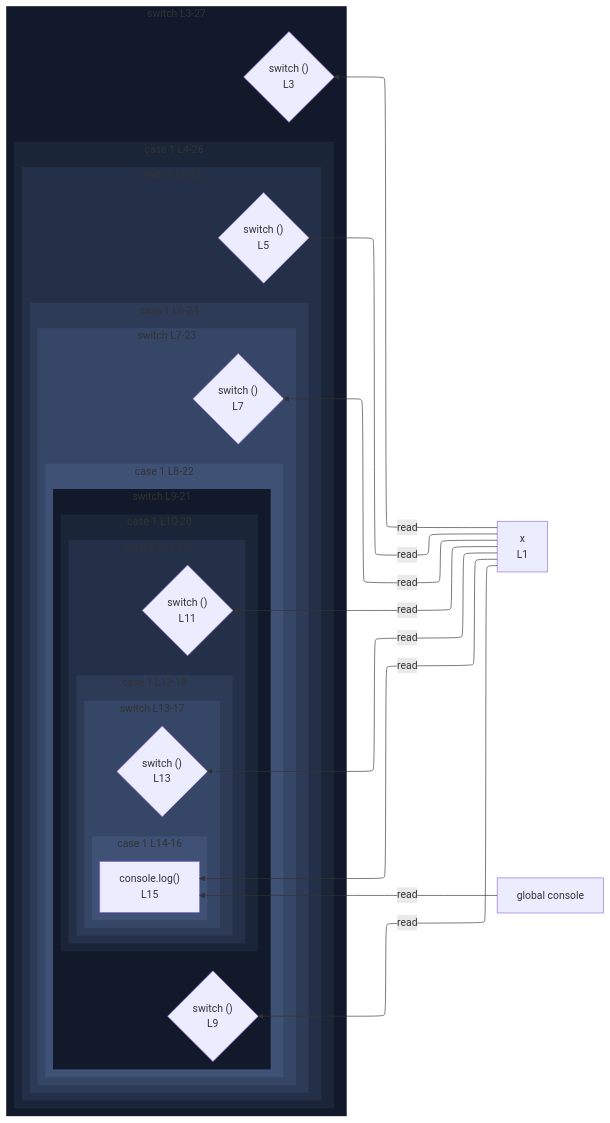
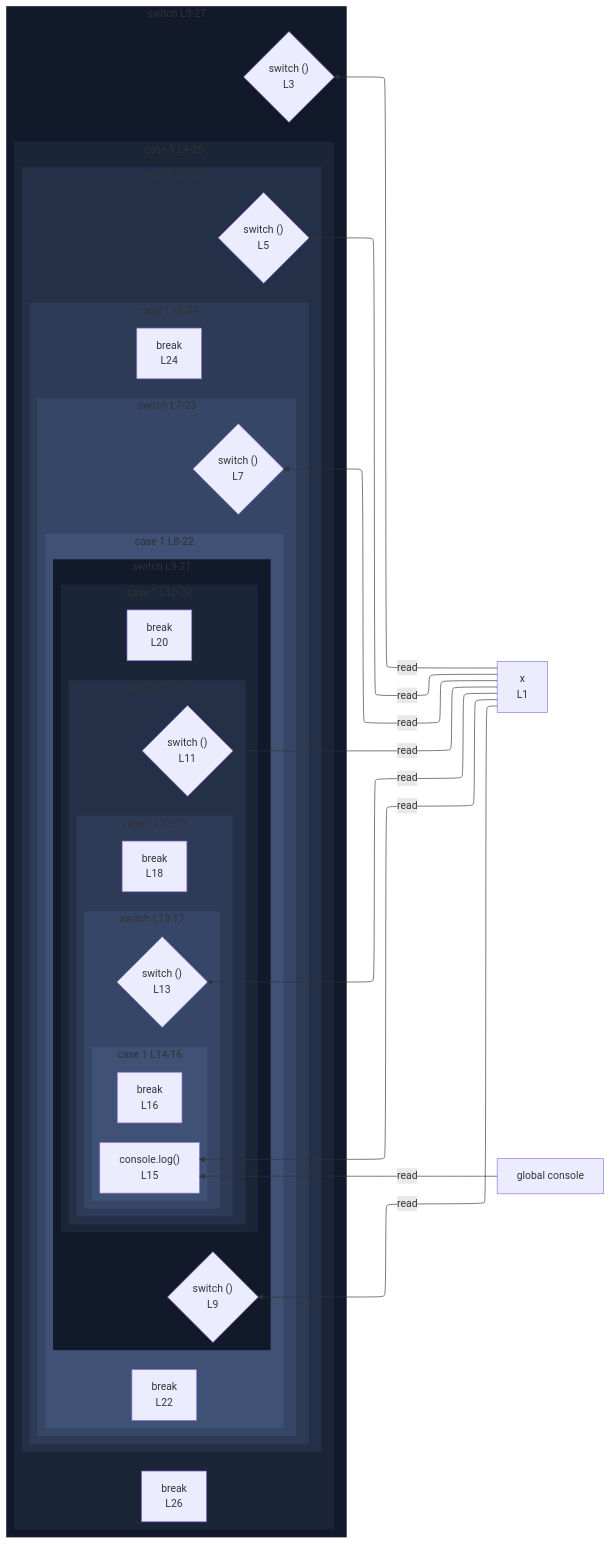
Before and after one commit to crescware/unsnarl: the diagram in integration/fixtures/app-behavior/depth/switch/depth-6/preview.md, drawn with Mermaid. The commit also changed 352 other files, not shown here.

````diff
--- a/integration/fixtures/app-behavior/depth/switch/depth-6/preview.md
+++ b/integration/fixtures/app-behavior/depth/switch/depth-6/preview.md
@@ -43,75 +43,81 @@
 ```mermaid
 %%{init: {"flowchart": {"defaultRenderer": "elk"}}}%%
 flowchart RL
   n_scope_0_x_6["x<br/>L1"]
   n_scope_0_console_296["global console"]
   subgraph s_scope_1["switch L3-27"]
     direction RL
     switch_discriminant_scope_0_14{"switch ()<br/>L3"}
     subgraph s_scope_2["case 1 L4-26"]
       direction RL
+      bc_break_501["break<br/>L26"]
       subgraph s_scope_3["switch L5-25"]
         direction RL
         switch_discriminant_scope_2_41{"switch ()<br/>L5"}
         subgraph s_scope_4["case 1 L6-24"]
           direction RL
+          bc_break_484["break<br/>L24"]
           subgraph s_scope_5["switch L7-23"]
             direction RL
             switch_discriminant_scope_4_76{"switch ()<br/>L7"}
             subgraph s_scope_6["case 1 L8-22"]
               direction RL
+              bc_break_459["break<br/>L22"]
               subgraph s_scope_7["switch L9-21"]
                 direction RL
                 switch_discriminant_scope_6_119{"switch ()<br/>L9"}
                 subgraph s_scope_8["case 1 L10-20"]
                   direction RL
+                  bc_break_426["break<br/>L20"]
                   subgraph s_scope_9["switch L11-19"]
                     direction RL
                     switch_discriminant_scope_8_170{"switch ()<br/>L11"}
                     subgraph s_scope_10["case 1 L12-18"]
                       direction RL
+                      bc_break_385["break<br/>L18"]
                       subgraph s_scope_11["switch L13-17"]
                         direction RL
                         switch_discriminant_scope_10_229{"switch ()<br/>L13"}
                         subgraph s_scope_12["case 1 L14-16"]
                           direction RL
+                          bc_break_336["break<br/>L16"]
                           expr_stmt_296["console.log()<br/>L15"]
                         end
                       end
                     end
                   end
                 end
               end
             end
           end
         end
       end
     end
   end
   n_scope_0_x_6 -->|read| switch_discriminant_scope_0_14
   n_scope_0_x_6 -->|read| switch_discriminant_scope_2_41
   n_scope_0_x_6 -->|read| switch_discriminant_scope_4_76
   n_scope_0_x_6 -->|read| switch_discriminant_scope_6_119
   n_scope_0_x_6 -->|read| switch_discriminant_scope_8_170
   n_scope_0_x_6 -->|read| switch_discriminant_scope_10_229
   n_scope_0_console_296 -->|read| expr_stmt_296
   n_scope_0_x_6 -->|read| expr_stmt_296
   classDef nestL1 fill:#11192a,stroke:transparent;
   class s_scope_1 nestL1;
   class s_scope_7 nestL1;
   classDef nestL2 fill:#1a2538,stroke:transparent;
   class s_scope_2 nestL2;
   class s_scope_8 nestL2;
   classDef nestL3 fill:#243047,stroke:transparent;
   class s_scope_3 nestL3;
   class s_scope_9 nestL3;
   classDef nestL4 fill:#2d3b57,stroke:transparent;
   class s_scope_4 nestL4;
   class s_scope_10 nestL4;
   classDef nestL5 fill:#364666,stroke:transparent;
   class s_scope_5 nestL5;
   class s_scope_11 nestL5;
   classDef nestL6 fill:#3f5175,stroke:transparent;
   class s_scope_6 nestL6;
   class s_scope_12 nestL6;
 ```
````
